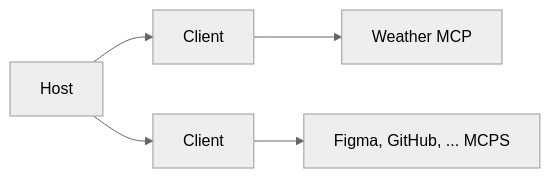
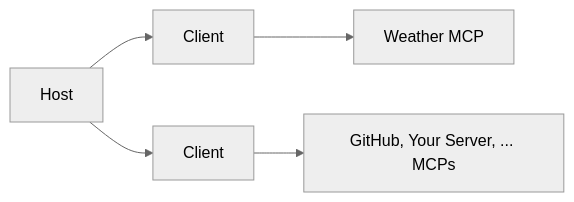
Before and after one commit to fb-talks/generative-ui: the third of 3 diagrams in decks/06-what-is-mcp.md, drawn with Mermaid (neutral theme). The commit also changed other lines of this file and 7 other files, not shown here.

````diff
--- a/decks/06-what-is-mcp.md
+++ b/decks/06-what-is-mcp.md
@@ -66,5 +66,5 @@
 ```mermaid
 flowchart LR
   H[Host] --> C1[Client] --> S1[Weather MCP]
-  H --> C2[Client] --> S2[Figma, GitHub, ... MCPS]
+  H --> C2[Client] --> S2[GitHub, Your Server, ... MCPs]
 ```
````
